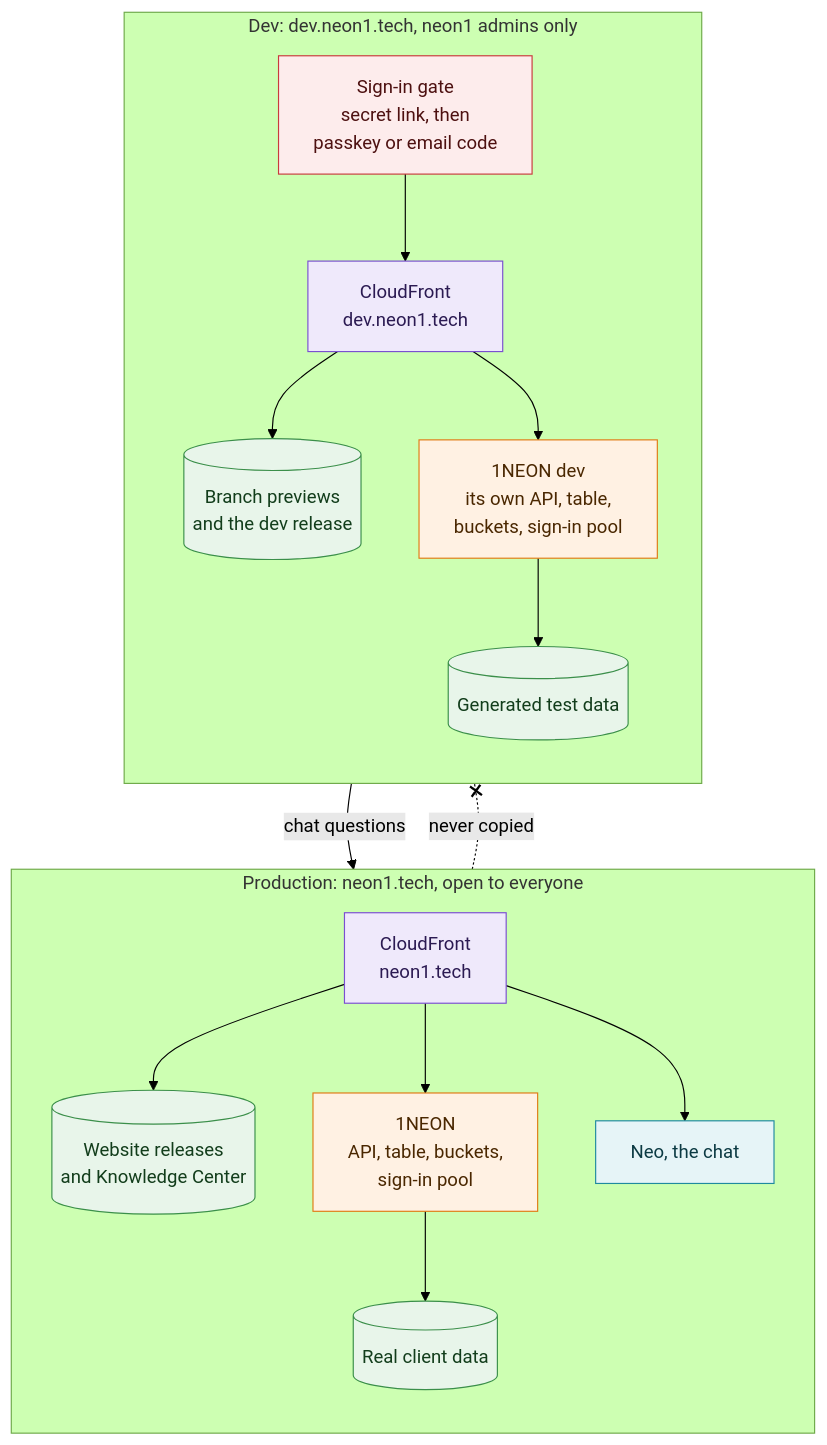
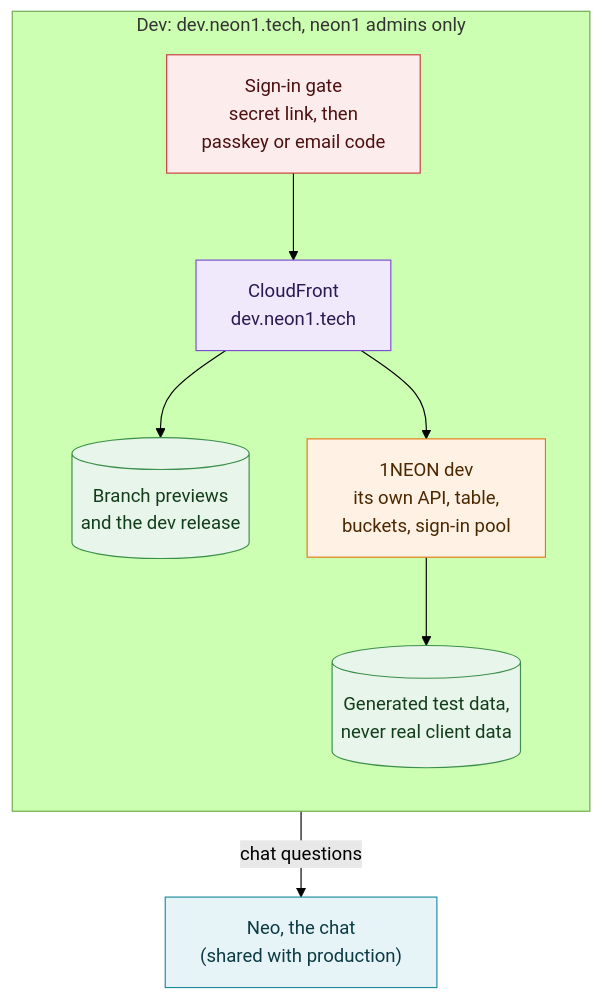
The ninth of 16 diagrams in corpus/company/architecture.md (neon1llc/neon1-corpus), drawn with Mermaid (forest theme) before and after one commit. The commit also changed other lines of this file and 14 other files, not shown here.

Commit message:
docs(architecture): redraw diagrams so labels stay at least 12px, and check it

````diff
--- a/corpus/company/architecture.md
+++ b/corpus/company/architecture.md
@@ -205,27 +233,18 @@
 ```mermaid
-%% alt: Diagram of production and dev side by side. Production, at neon1.tech, is open to everyone: CloudFront serves the website's releases, 1NEON with its own API, table, buckets, and sign-in pool holding real client data, and Neo. Dev, at dev.neon1.tech, sits behind a sign-in gate that needs a secret link and then a passkey or email code from a neon1 admin. Its own CloudFront serves branch previews and the dev release of the website, and a separate 1NEON with its own API, table, buckets, and sign-in pool holding generated test data only. Dev sends chat questions to the live Neo. Production's client data is never copied to dev.
+%% alt: Diagram of dev, at dev.neon1.tech, for neon1 admins only. A sign-in gate leads to its own CloudFront, which serves branch previews, the dev release, and 1NEON dev with its own API, table, buckets, and sign-in pool holding generated test data. Dev sends chat questions to the same Neo as production. Production's client data is never copied to dev.
 flowchart TB
-  subgraph prod["Production: neon1.tech, open to everyone"]
-    direction TB
-    pcf["CloudFront<br/>neon1.tech"]:::network
-    pcf --> psite[("Website releases<br/>and Knowledge Center")]:::storage
-    pcf --> pportal["1NEON<br/>API, table, buckets,<br/>sign-in pool"]:::compute
-    pportal --> pdata[("Real client data")]:::storage
-    pcf --> neo["Neo, the chat"]:::ai
-  end
   subgraph dev["Dev: dev.neon1.tech, neon1 admins only"]
     direction TB
     gate["Sign-in gate<br/>secret link, then<br/>passkey or email code"]:::security --> dcf["CloudFront<br/>dev.neon1.tech"]:::network
     dcf --> dsite[("Branch previews<br/>and the dev release")]:::storage
     dcf --> dportal["1NEON dev<br/>its own API, table,<br/>buckets, sign-in pool"]:::compute
-    dportal --> ddata[("Generated test data")]:::storage
+    dportal --> ddata[("Generated test data,<br/>never real client data")]:::storage
   end
-  dcf -->|"chat questions"| neo
-  pdata -.-x|"never copied"| ddata
+  dcf -->|"chat questions"| neo["Neo, the chat<br/>(shared with production)"]:::ai
 
   classDef network fill:#efe9fb,stroke:#7a4fd0,color:#2b1a52
   classDef compute fill:#fff1e3,stroke:#e07b14,color:#4a2700
   classDef storage fill:#e8f5ea,stroke:#3b8f4a,color:#123d1b
   classDef security fill:#fdecec,stroke:#c83b3b,color:#4d1010
   classDef ai fill:#e6f4f7,stroke:#1f8a9e,color:#0c3a43
 ```
````
